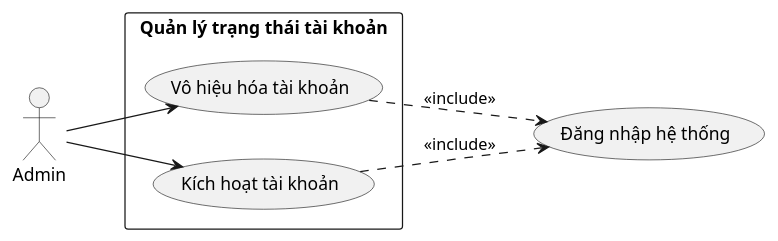
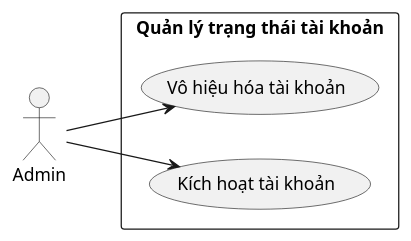
Before and after one commit to Tuienn/e-voting-latex: the diagram in PlantUML/Usecase/Quan-ly-trang-thai-tai-khoan.puml, drawn with PlantUML. The commit also changed 31 other files, not shown here.

```diff
--- a/PlantUML/Usecase/Quan-ly-trang-thai-tai-khoan.puml
+++ b/PlantUML/Usecase/Quan-ly-trang-thai-tai-khoan.puml
@@ -1,18 +1,12 @@
 @startuml QuanLyTrangThaiTaiKhoan_UC
 left to right direction
-skinparam packageStyle rectangle
-
 actor "Admin" as admin
-
-usecase "Đăng nhập hệ thống" as UC_Login
 
 rectangle "Quản lý trạng thái tài khoản" {
   usecase "Vô hiệu hóa tài khoản" as UC_Disable
   usecase "Kích hoạt tài khoản" as UC_Enable
 }
 
 admin --> UC_Disable
 admin --> UC_Enable
-UC_Disable ..> UC_Login : <<include>>
-UC_Enable ..> UC_Login : <<include>>
 @enduml
```
